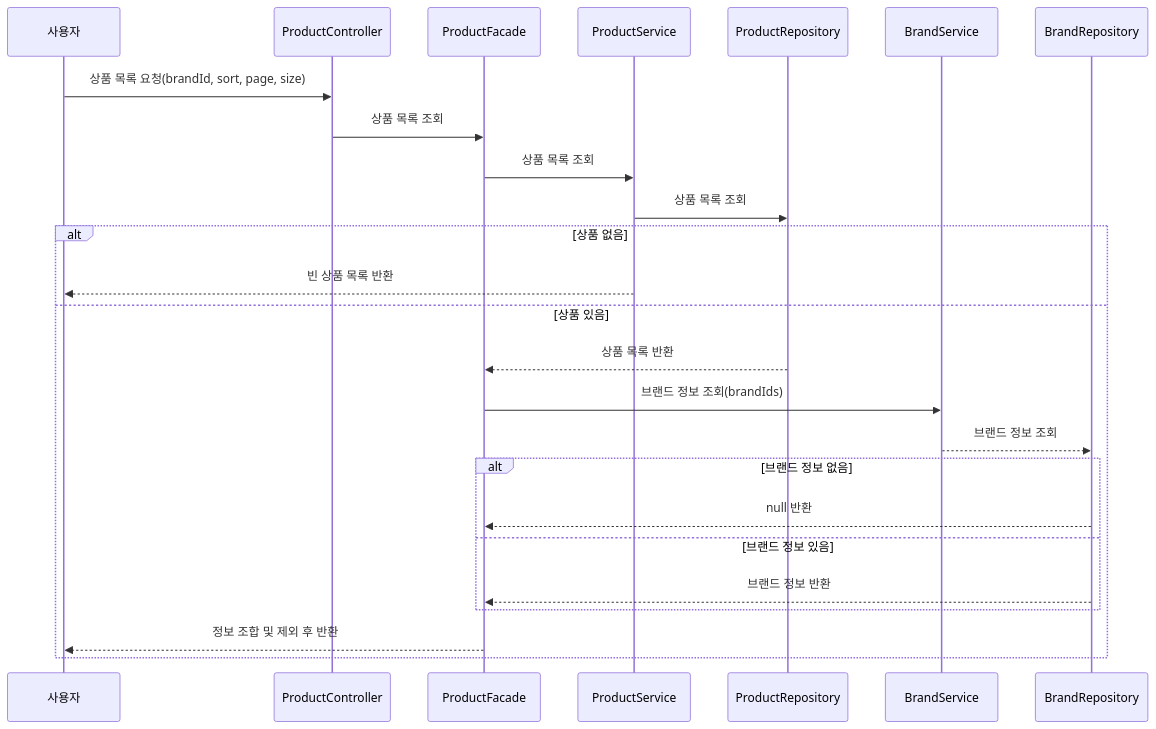
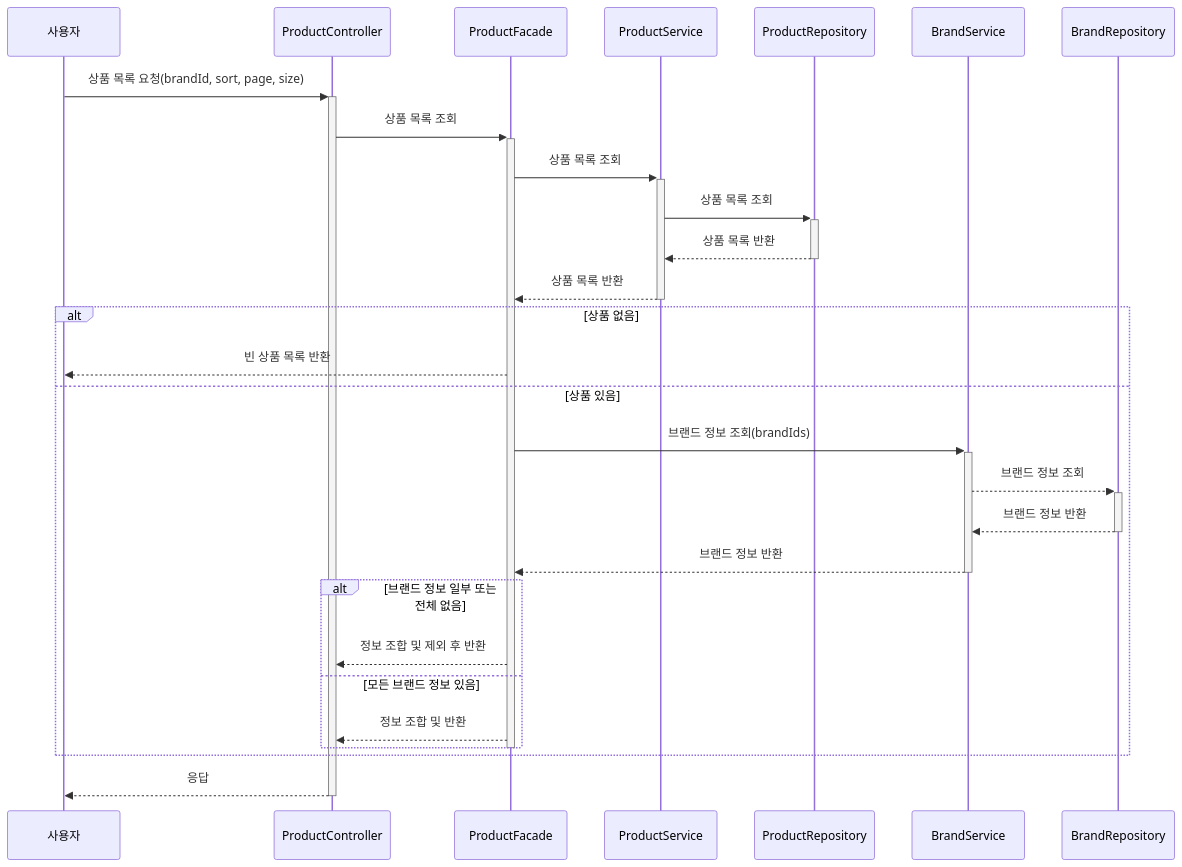
One commit to donghyeon3813/vibe-commerce changed the first of 7 diagrams in .docs/02-sequence-diagrams.md. Above: the diagram before and after it, drawn with Mermaid. The commit also changed other lines of this file, not shown here.

Commit message:
fix : sequence-diagrams activation 일부 추가

````diff
--- a/.docs/02-sequence-diagrams.md
+++ b/.docs/02-sequence-diagrams.md
@@ -2,29 +2,32 @@
 ```mermaid
 sequenceDiagram
     participant 사용자
     participant PC as ProductController
     participant PF as ProductFacade
     participant PS as ProductService
     participant PR as ProductRepository
     participant BS as BrandService
     participant BR as BrandRepository
 
-    사용자->>PC: 상품 목록 요청(brandId, sort, page, size)
-    PC->>PF: 상품 목록 조회
-    PF->>PS: 상품 목록 조회
-    PS->>PR: 상품 목록 조회
-
+    사용자->>+PC: 상품 목록 요청(brandId, sort, page, size)
+    PC->>+PF: 상품 목록 조회
+    PF->>+PS: 상품 목록 조회
+    PS->>+PR: 상품 목록 조회
+    PR-->>-PS: 상품 목록 반환
+    PS-->>-PF: 상품 목록 반환
     alt 상품 없음
-        PS-->>사용자: 빈 상품 목록 반환
+        PF-->>사용자: 빈 상품 목록 반환
     else 상품 있음
-        PR-->>PF: 상품 목록 반환
-        PF->>BS: 브랜드 정보 조회(brandIds)
-        BS-->>BR: 브랜드 정보 조회
-        alt 브랜드 정보 없음
-            BR-->>PF: null 반환
-        else 브랜드 정보 있음
-            BR-->>PF: 브랜드 정보 반환
+        PF->>+BS: 브랜드 정보 조회(brandIds)
+        BS-->>+BR: 브랜드 정보 조회
+        BR-->>-BS: 브랜드 정보 반환
+        BS-->>-PF: 브랜드 정보 반환
+        alt 브랜드 정보 일부 또는 전체 없음
+            PF-->>PC: 정보 조합 및 제외 후 반환
+        else 모든 브랜드 정보 있음
+            PF-->>PC: 정보 조합 및 반환
         end
-        PF -->> 사용자: 정보 조합 및 제외 후 반환
+        deactivate PF
     end
+    PC -->> -사용자: 응답
 ```
````
